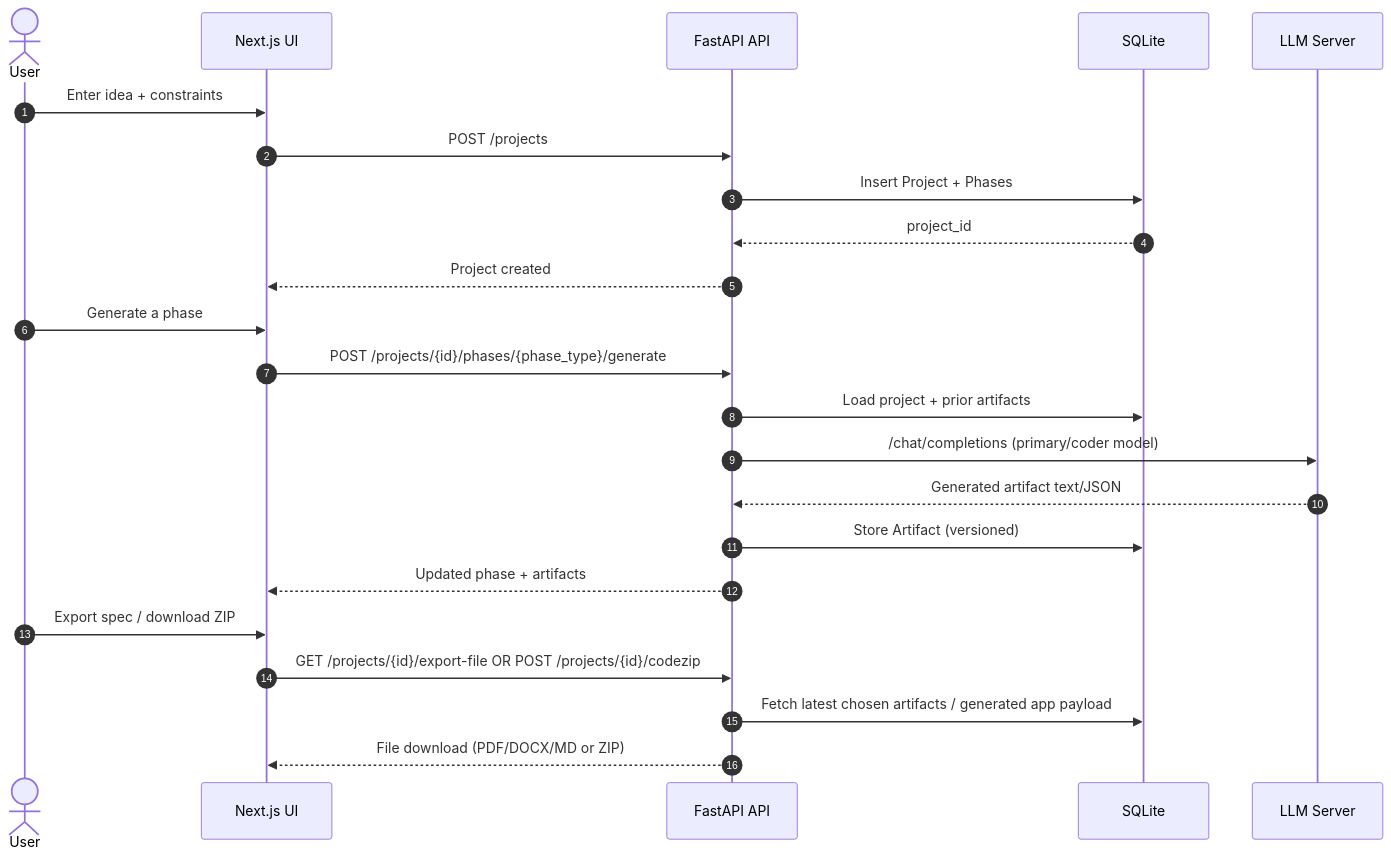
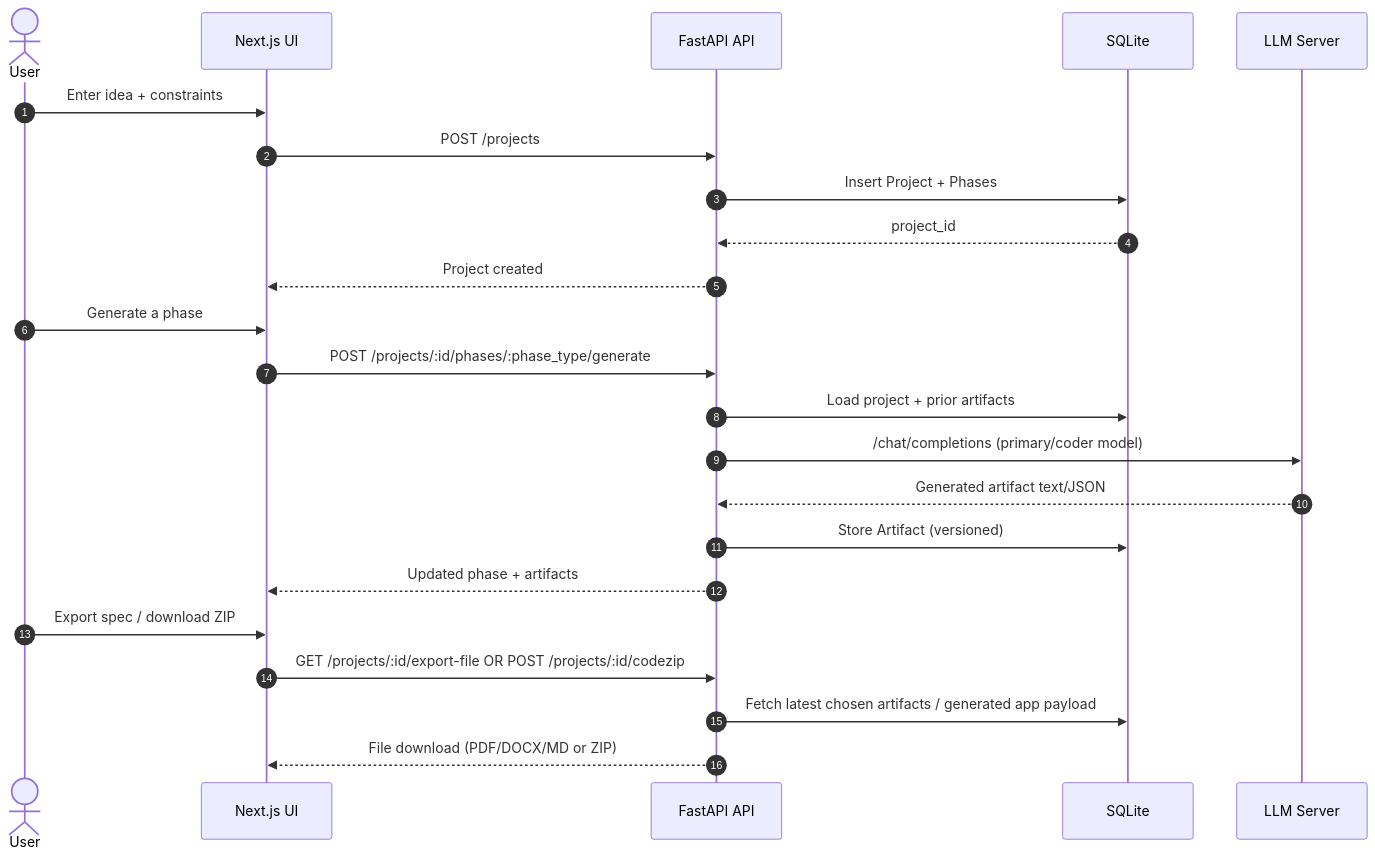
The seventh of 7 diagrams in README.md (monkey9-Cyber-cat-Spidy/jntugv-hackathon-dec-2025-Team-85), drawn with Mermaid before and after one commit. The commit also changed other lines of this file, not shown here.

Commit message:
Fixes in MErmaid Rendering

````diff
--- a/README.md
+++ b/README.md
@@ -212,28 +212,28 @@
 ```mermaid
 sequenceDiagram
   autonumber
   actor User
   participant FE as Next.js UI
   participant BE as FastAPI API
   participant DB as SQLite
   participant LLM as LLM Server
 
   User->>FE: Enter idea + constraints
   FE->>BE: POST /projects
   BE->>DB: Insert Project + Phases
   DB-->>BE: project_id
   BE-->>FE: Project created
 
   User->>FE: Generate a phase
-  FE->>BE: POST /projects/{id}/phases/{phase_type}/generate
+  FE->>BE: POST /projects/:id/phases/:phase_type/generate
   BE->>DB: Load project + prior artifacts
   BE->>LLM: /chat/completions (primary/coder model)
   LLM-->>BE: Generated artifact text/JSON
   BE->>DB: Store Artifact (versioned)
   BE-->>FE: Updated phase + artifacts
 
   User->>FE: Export spec / download ZIP
-  FE->>BE: GET /projects/{id}/export-file OR POST /projects/{id}/codezip
+  FE->>BE: GET /projects/:id/export-file OR POST /projects/:id/codezip
   BE->>DB: Fetch latest chosen artifacts / generated app payload
   BE-->>FE: File download (PDF/DOCX/MD or ZIP)
 ```
````
